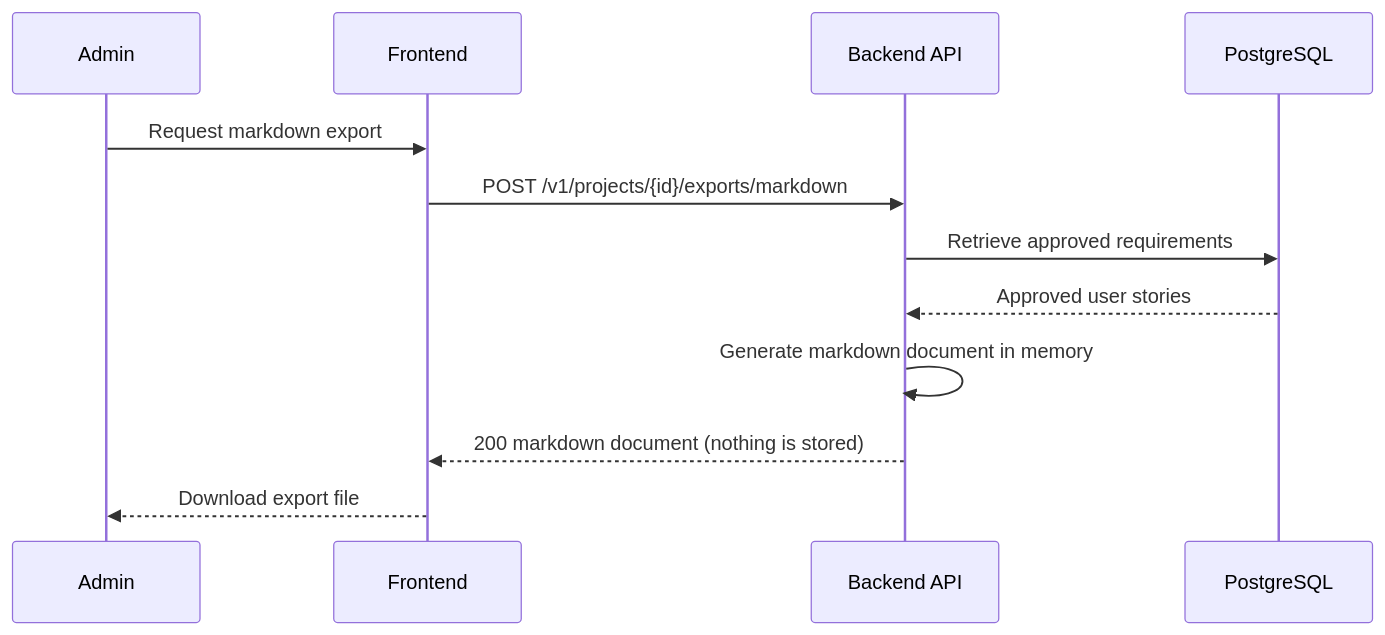
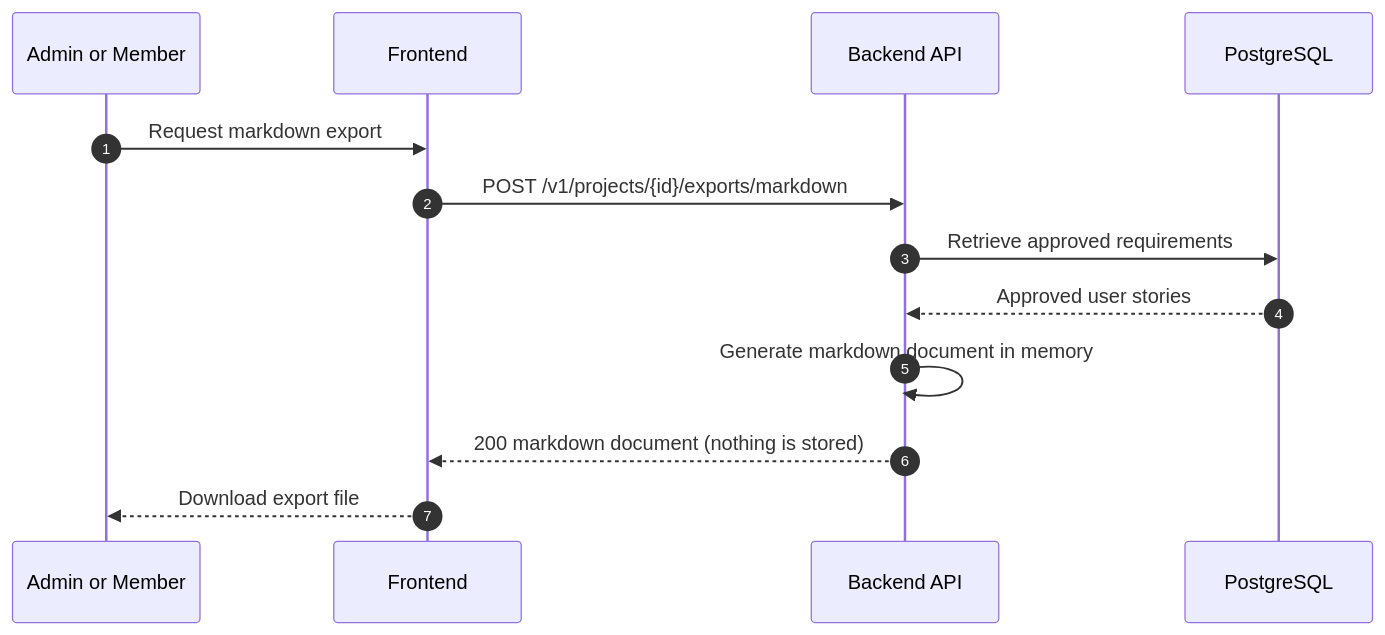
The fourth of 13 diagrams in docs/03-architecture/diagrams/sequence-diagrams.md (alonsovndev/open-projects-hub-docs), drawn with Mermaid before and after one commit. The commit also changed other lines of this file and 63 other files, not shown here.

````diff
--- a/docs/03-architecture/diagrams/sequence-diagrams.md
+++ b/docs/03-architecture/diagrams/sequence-diagrams.md
@@ -104,15 +114,16 @@
 ```mermaid
 sequenceDiagram
-    participant Admin
+    autonumber
+    participant Admin as Admin or Member
     participant FE as Frontend
     participant BE as Backend API
     participant DB as PostgreSQL
 
     Admin->>FE: Request markdown export
     FE->>BE: POST /v1/projects/{id}/exports/markdown
     BE->>DB: Retrieve approved requirements
     DB-->>BE: Approved user stories
     BE->>BE: Generate markdown document in memory
     BE-->>FE: 200 markdown document (nothing is stored)
     FE-->>Admin: Download export file
 ```
````
